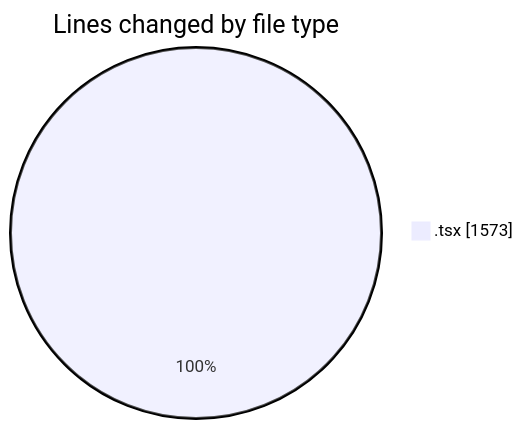
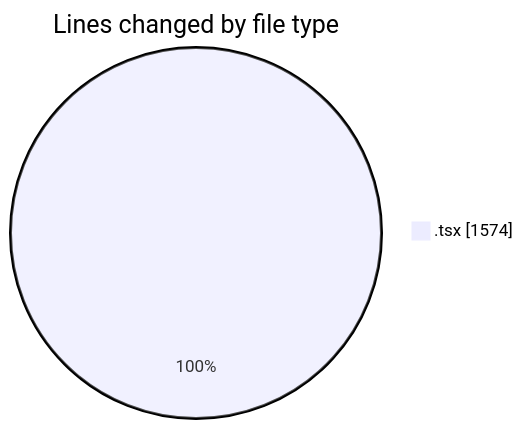
One commit to momahboobian/code-tracking changed the first of 2 diagrams in 2025-09-24/cda/README.md. Above: the diagram before and after it, drawn with Mermaid. The commit also changed other lines of this file and 1 other file, not shown here.

````diff
--- a/2025-09-24/cda/README.md
+++ b/2025-09-24/cda/README.md
@@ -22,5 +22,5 @@
 ```mermaid
 pie showData
 title Lines changed by file type
-".tsx" : 1573
+".tsx" : 1574
 ```
````
